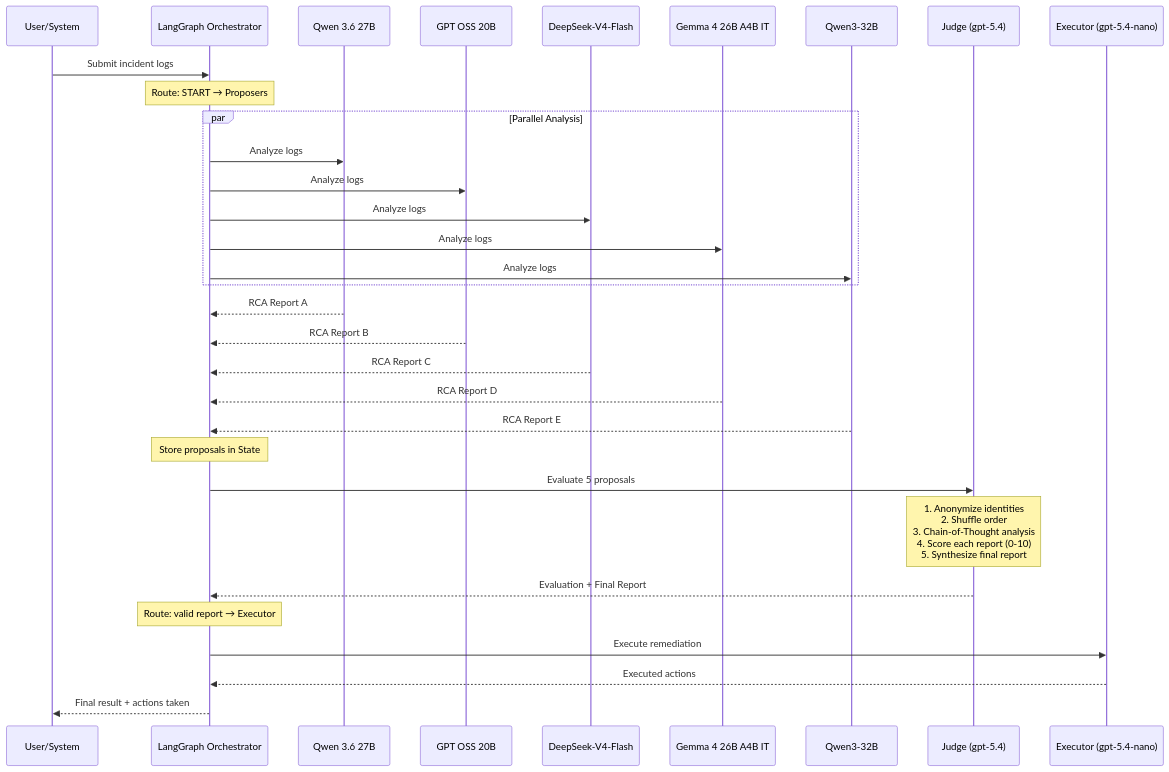
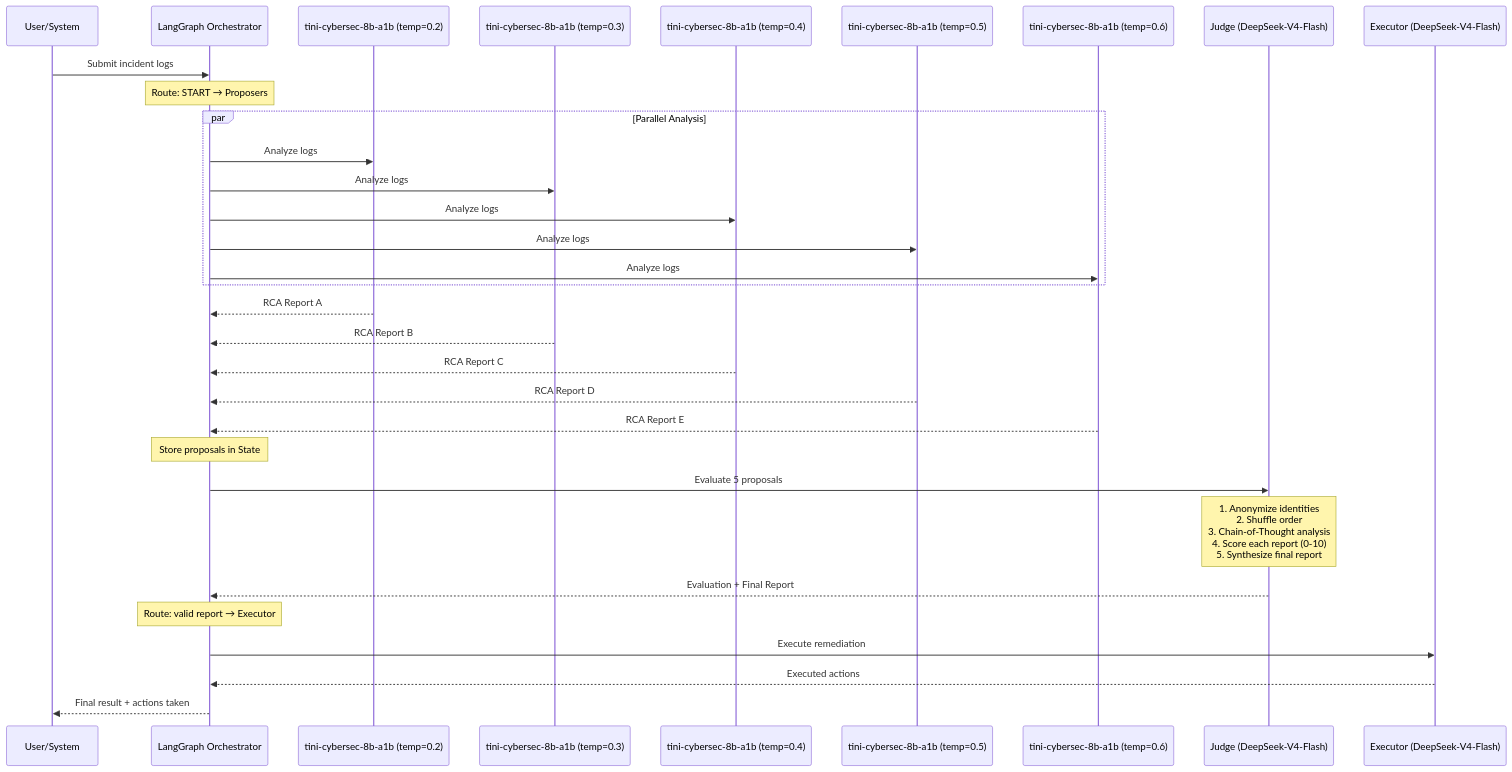
The third of 6 diagrams in docs/ARCHITECTURE.md (n3r0-b1n4ry/openmair), drawn with Mermaid before and after one commit. The commit also changed other lines of this file and 16 other files, not shown here.

Commit message:
docs: implement comprehensive architecture documentation and expand agent system modules

````diff
--- a/docs/ARCHITECTURE.md
+++ b/docs/ARCHITECTURE.md
@@ -139,44 +141,44 @@
 ```mermaid
 sequenceDiagram
     participant User as User/System
     participant Orch as LangGraph Orchestrator
-    participant P1 as Qwen 3.6 27B
-    participant P2 as GPT OSS 20B
-    participant P3 as DeepSeek-V4-Flash
-    participant P4 as Gemma 4 26B A4B IT
-    participant P5 as Qwen3-32B
-    participant Judge as Judge (gpt-5.4)
-    participant Exec as Executor (gpt-5.4-nano)
+    participant P1 as tini-cybersec-8b-a1b (temp=0.2)
+    participant P2 as tini-cybersec-8b-a1b (temp=0.3)
+    participant P3 as tini-cybersec-8b-a1b (temp=0.4)
+    participant P4 as tini-cybersec-8b-a1b (temp=0.5)
+    participant P5 as tini-cybersec-8b-a1b (temp=0.6)
+    participant Judge as Judge (DeepSeek-V4-Flash)
+    participant Exec as Executor (DeepSeek-V4-Flash)
 
     User->>Orch: Submit incident logs
     
     Note over Orch: Route: START → Proposers
 
     par Parallel Analysis
         Orch->>P1: Analyze logs
         Orch->>P2: Analyze logs
         Orch->>P3: Analyze logs
         Orch->>P4: Analyze logs
         Orch->>P5: Analyze logs
     end
 
     P1-->>Orch: RCA Report A
     P2-->>Orch: RCA Report B
     P3-->>Orch: RCA Report C
     P4-->>Orch: RCA Report D
     P5-->>Orch: RCA Report E
 
     Note over Orch: Store proposals in State
 
     Orch->>Judge: Evaluate 5 proposals
     
     Note over Judge: 1. Anonymize identities<br/>2. Shuffle order<br/>3. Chain-of-Thought analysis<br/>4. Score each report (0-10)<br/>5. Synthesize final report
 
     Judge-->>Orch: Evaluation + Final Report
 
     Note over Orch: Route: valid report → Executor
 
     Orch->>Exec: Execute remediation
     Exec-->>Orch: Executed actions
     Orch-->>User: Final result + actions taken
 ```
````
